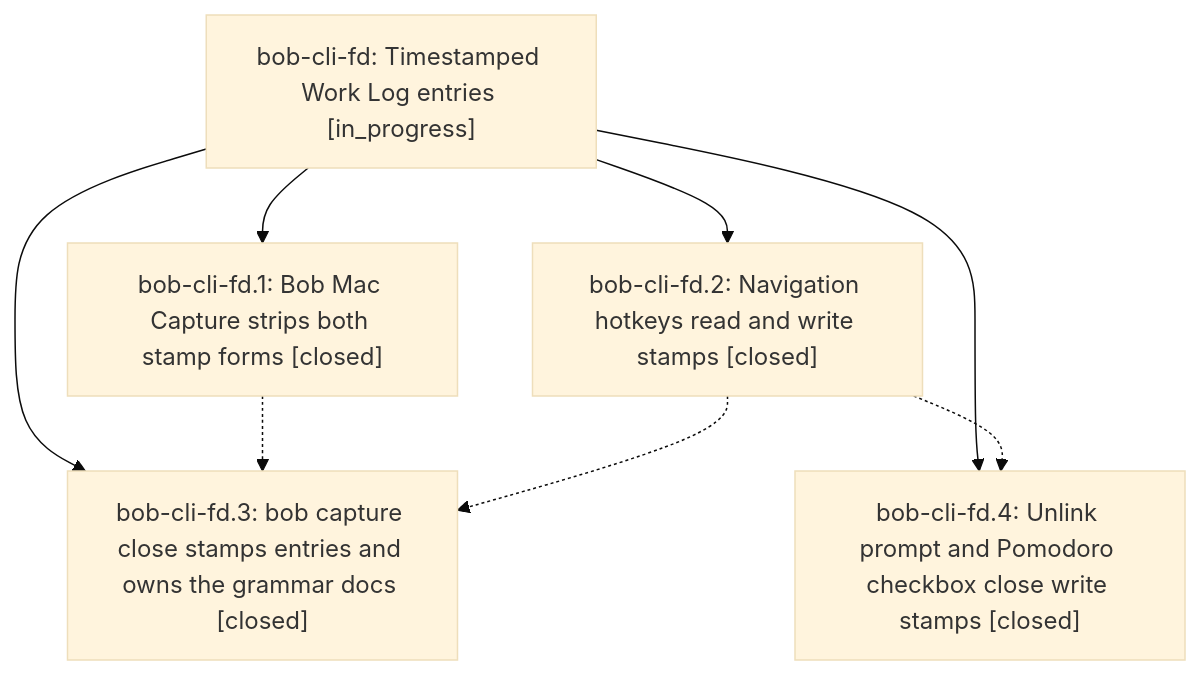
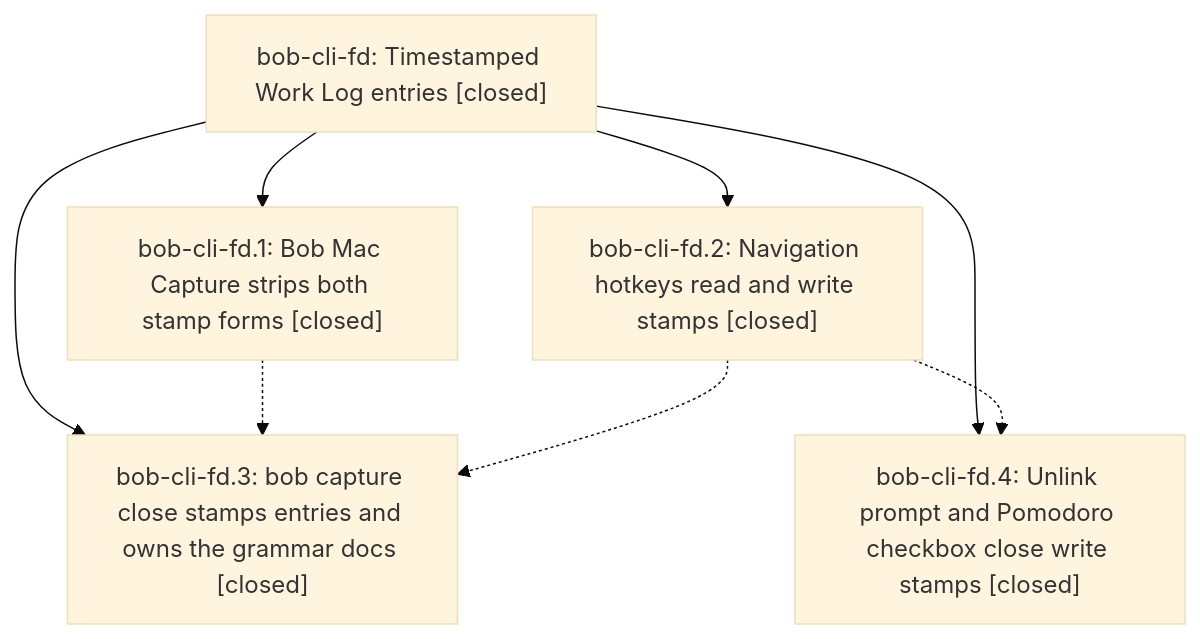
Before and after one commit to bobs-org/bob-cli--beads: the diagram in pages/bob-cli-fd/README.md, drawn with Mermaid (base theme). The commit also changed other lines of this file and 4 other files, not shown here.

First line of the commit message:
chore(beads): sync bead state and pages for bob-cli-fd

````diff
--- a/pages/bob-cli-fd/README.md
+++ b/pages/bob-cli-fd/README.md
@@ -39,15 +48,15 @@
 ```mermaid
 flowchart TD
-    n0["bob-cli-fd: Timestamped Work Log entries [in_progress]"]
+    n0["bob-cli-fd: Timestamped Work Log entries [closed]"]
     n1["bob-cli-fd.1: Bob Mac Capture strips both stamp forms [closed]"]
     n2["bob-cli-fd.2: Navigation hotkeys read and write stamps [closed]"]
     n3["bob-cli-fd.3: bob capture close stamps entries and owns the grammar docs [closed]"]
     n4["bob-cli-fd.4: Unlink prompt and Pomodoro checkbox close write stamps [closed]"]
     n0 --> n1
     n0 --> n2
     n0 --> n3
     n0 --> n4
     n1 -.-> n3
     n2 -.-> n3
     n2 -.-> n4
 ```
````
